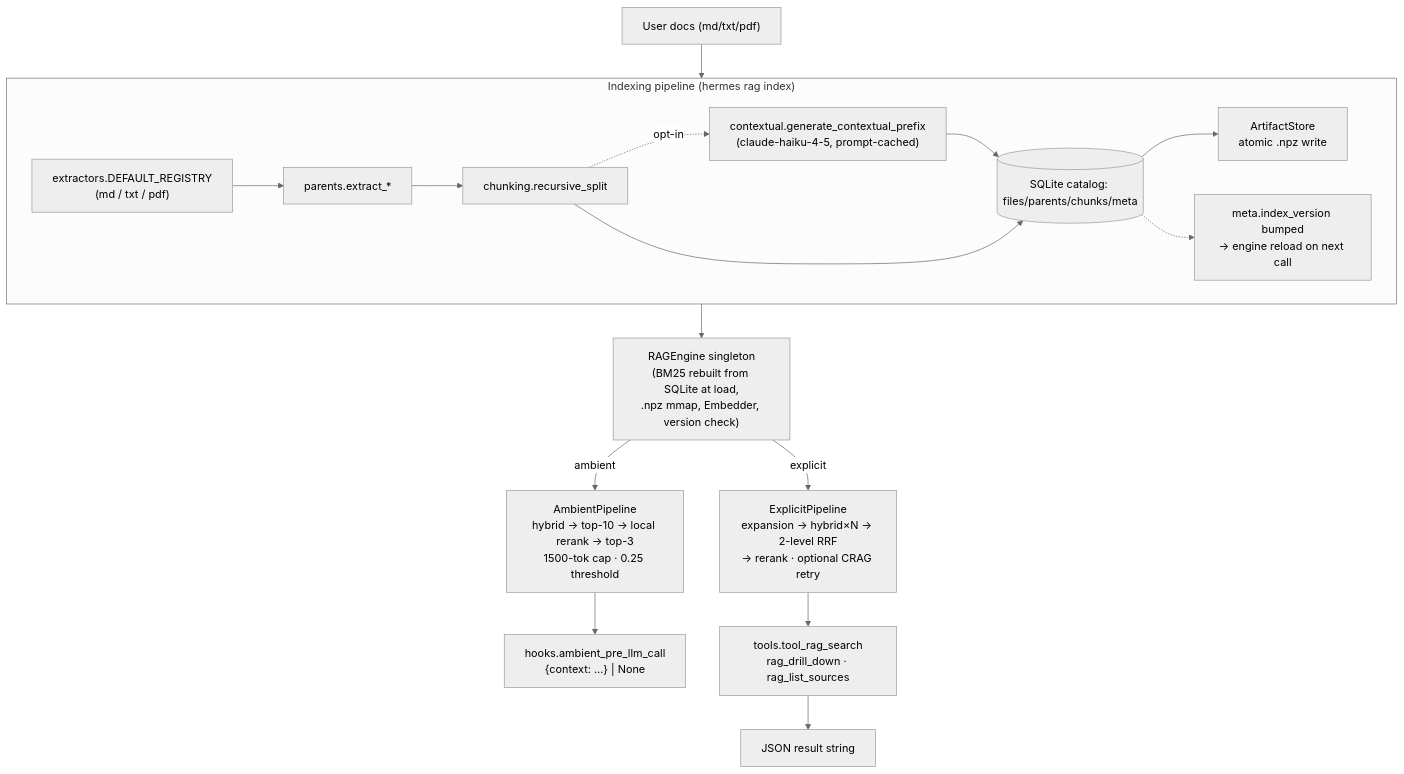
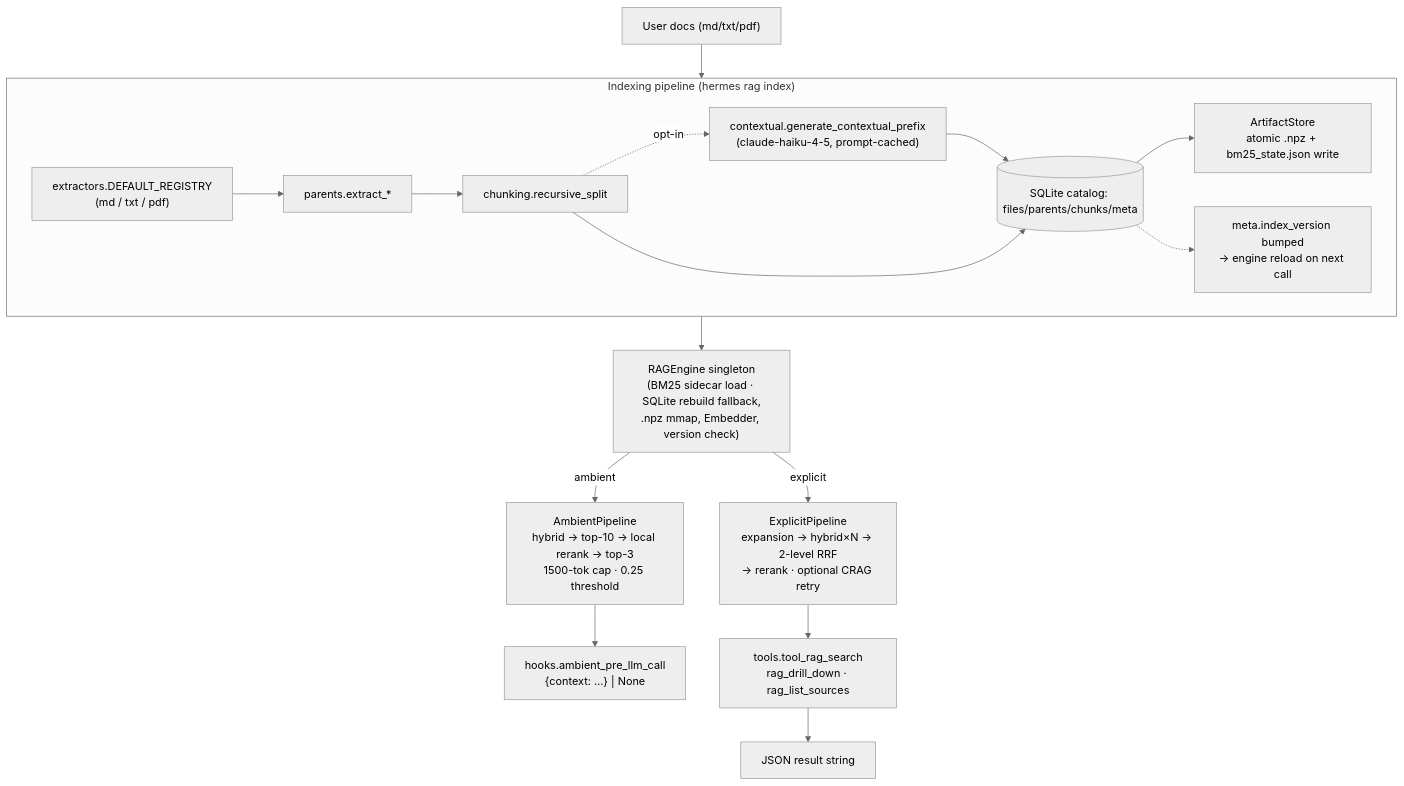
The diagram in README.md (sergiparpal/hermes-hybrid-rag), drawn with Mermaid (neutral theme) before and after one commit. The commit also changed other lines of this file, not shown here.

````diff
--- a/README.md
+++ b/README.md
@@ -34,19 +34,19 @@
 ```mermaid
 flowchart TB
     Docs["User docs (md/txt/pdf)"] --> Index
     subgraph Index["Indexing pipeline (hermes rag index)"]
         Reg["extractors.DEFAULT_REGISTRY<br/>(md / txt / pdf)"] --> P[parents.extract_*]
         P --> C[chunking.recursive_split]
         C -. opt-in .-> Ctx["contextual.generate_contextual_prefix<br/>(claude-haiku-4-5, prompt-cached)"]
         Ctx --> S[(SQLite catalog: files/parents/chunks/meta)]
         C --> S
-        S --> A["ArtifactStore<br/>atomic .npz write"]
+        S --> A["ArtifactStore<br/>atomic .npz + bm25_state.json write"]
         S -.-> V["meta.index_version bumped<br/>→ engine reload on next call"]
     end
-    Index --> Engine["RAGEngine singleton<br/>(BM25 rebuilt from SQLite at load,<br/>.npz mmap, Embedder, version check)"]
+    Index --> Engine["RAGEngine singleton<br/>(BM25 sidecar load · SQLite rebuild fallback,<br/>.npz mmap, Embedder, version check)"]
     Engine -->|ambient| AP["AmbientPipeline<br/>hybrid → top-10 → local rerank → top-3<br/>1500-tok cap · 0.25 threshold"]
     Engine -->|explicit| EP["ExplicitPipeline<br/>expansion → hybrid×N → 2-level RRF<br/>→ rerank · optional CRAG retry"]
     AP --> Hook["hooks.ambient_pre_llm_call<br/>{context: …} | None"]
     EP --> Tools["tools.tool_rag_search<br/>rag_drill_down · rag_list_sources"]
     Tools --> JSON["JSON result string"]
 ```
````
